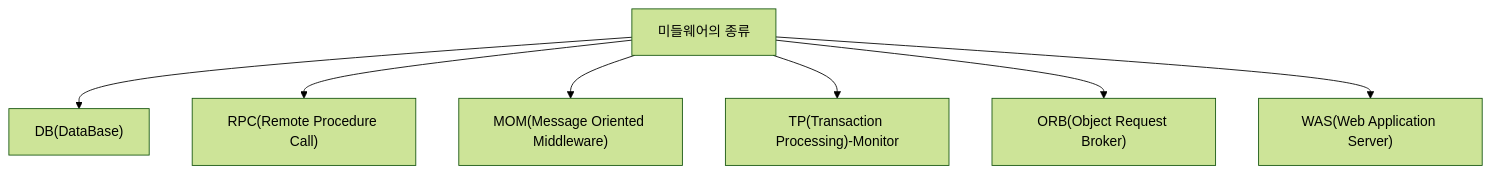
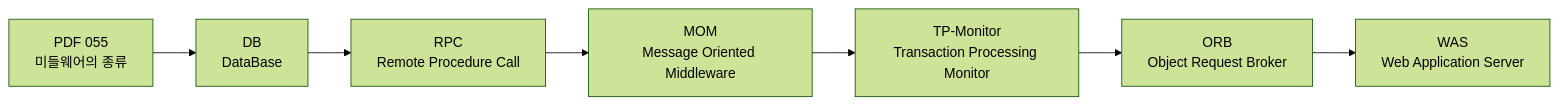
One commit to nes0903/study changed the third of 10 diagrams in 정보처리기사/1과목 소프트웨어 설계/055 미들웨어의 종류/055 미들웨어의 종류.md. Above: the diagram before and after it, drawn with Mermaid (forest theme). The commit also changed other lines of this file and 318 other files, not shown here.

````diff
--- a/정보처리기사/1과목 소프트웨어 설계/055 미들웨어의 종류/055 미들웨어의 종류.md
+++ b/정보처리기사/1과목 소프트웨어 설계/055 미들웨어의 종류/055 미들웨어의 종류.md
@@ -13,10 +60,10 @@
 ```mermaid
-flowchart TD
-    A["미들웨어의 종류"]
-    A --> N1["DB(DataBase)"]
-    A --> N2["RPC(Remote Procedure Call)"]
-    A --> N3["MOM(Message Oriented Middleware)"]
-    A --> N4["TP(Transaction Processing)-Monitor"]
-    A --> N5["ORB(Object Request Broker)"]
-    A --> N6["WAS(Web Application Server)"]
+flowchart LR
+    A["PDF 055<br/>미들웨어의 종류"]
+    A --> DB["DB<br/>DataBase"]
+    DB --> RPC["RPC<br/>Remote Procedure Call"]
+    RPC --> MOM["MOM<br/>Message Oriented Middleware"]
+    MOM --> TP["TP-Monitor<br/>Transaction Processing Monitor"]
+    TP --> ORB["ORB<br/>Object Request Broker"]
+    ORB --> WAS["WAS<br/>Web Application Server"]
 ```
````
